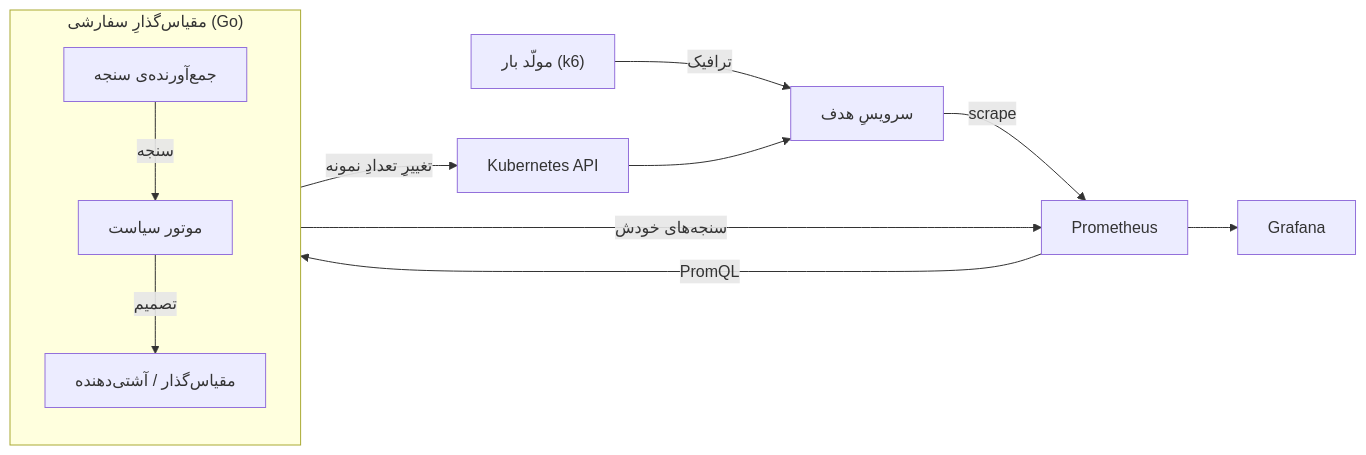
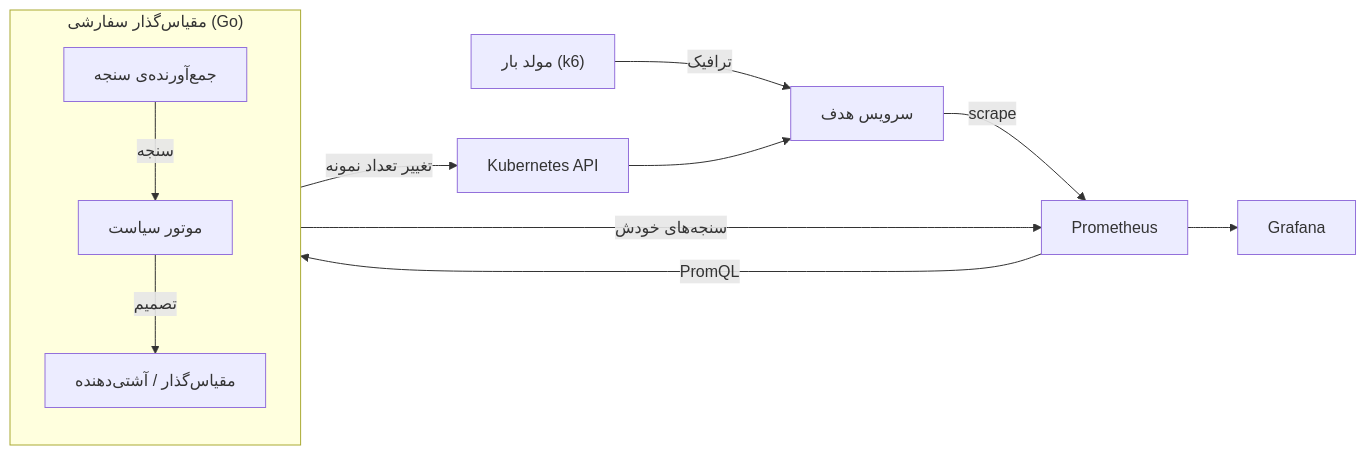
The diagram in docs/thesis/03-design-implementation-fa.md (raeinsoltani/setpoint), drawn with Mermaid before and after one commit. The commit also changed other lines of this file and 1 other file, not shown here.

````diff
--- a/docs/thesis/03-design-implementation-fa.md
+++ b/docs/thesis/03-design-implementation-fa.md
@@ -34,17 +34,17 @@
 ```mermaid
 flowchart LR
-    LG["مولّد بار (k6)"] -->|ترافیک| APP["سرویسِ هدف"]
+    LG["مولد بار (k6)"] -->|ترافیک| APP["سرویس هدف"]
     APP -->|scrape| PROM["Prometheus"]
     PROM --> GRAF["Grafana"]
 
-    subgraph AS["مقیاس‌گذارِ سفارشی (Go)"]
+    subgraph AS["مقیاس‌گذار سفارشی (Go)"]
         direction TB
         MC["جمع‌آورنده‌ی سنجه"] -->|سنجه| PE["موتور سیاست"]
         PE -->|تصمیم| SC["مقیاس‌گذار / آشتی‌دهنده"]
     end
 
     PROM -->|PromQL| MC
-    SC -->|تغییرِ تعدادِ نمونه| K8S["Kubernetes API"]
+    SC -->|تغییر تعداد نمونه| K8S["Kubernetes API"]
     K8S --> APP
     AS -->|سنجه‌های خودش| PROM
 ```
````
